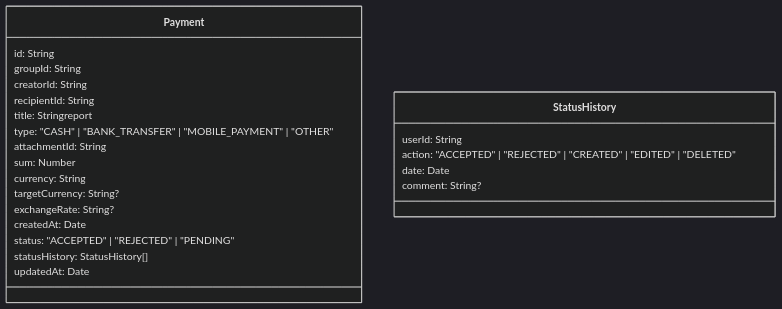
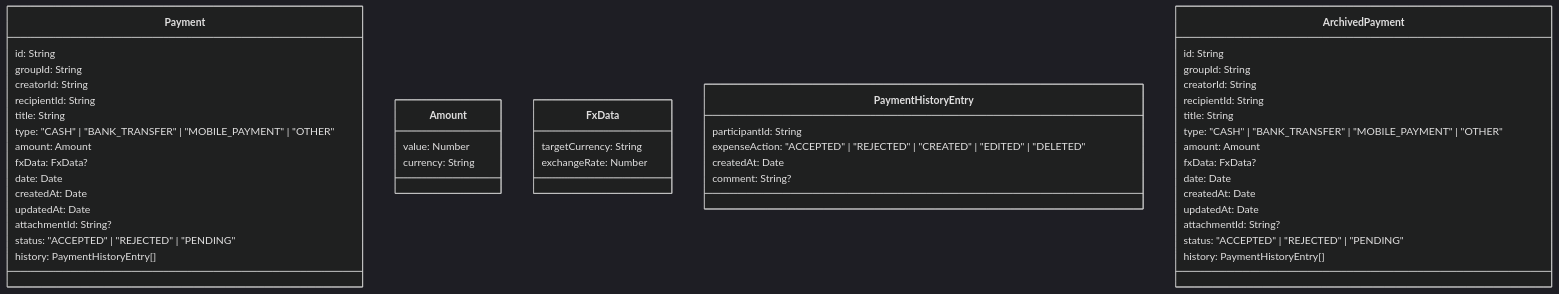
The tenth of 20 diagrams in docs/contracts.md (Group-Expense-Manager/gem-docs), drawn with Mermaid (dark theme) before and after one commit. The commit also changed other lines of this file and 1 other file, not shown here.

Commit message:
updated flow diagrams & database classes

````diff
--- a/docs/contracts.md
+++ b/docs/contracts.md
@@ -509,27 +547,54 @@
 ```mermaid
 classDiagram
     class Payment {
         id: String
         groupId: String
         creatorId: String
         recipientId: String
-        title: Stringreport
+        title: String
         type: "CASH" | "BANK_TRANSFER" | "MOBILE_PAYMENT" | "OTHER"
-        attachmentId: String
-        sum: Number
+        amount: Amount
+        fxData: FxData?
+        date: Date
+        createdAt: Date
+        updatedAt: Date
+        attachmentId: String?
+        status: "ACCEPTED" | "REJECTED" | "PENDING"
+        history: PaymentHistoryEntry[]
+    }
+    
+    class Amount {
+        value: Number
         currency: String
-        targetCurrency: String?
-        exchangeRate: String?
+    }
+    
+    class FxData {
+        targetCurrency: String
+        exchangeRate: Number
+    }
+    
+    class PaymentHistoryEntry {
+        participantId: String
+        expenseAction: "ACCEPTED" | "REJECTED" | "CREATED" | "EDITED" | "DELETED"
         createdAt: Date
-        status: "ACCEPTED" | "REJECTED" | "PENDING"
-        statusHistory: StatusHistory[]
-        updatedAt: Date
-    }
-
-    class StatusHistory {
-        userId: String
-        action: "ACCEPTED" | "REJECTED" | "CREATED" | "EDITED" | "DELETED"
-        date: Date
         comment: String?
     }
+    class ArchivedPayment {
+        id: String
+        groupId: String
+        creatorId: String
+        recipientId: String
+        title: String
+        type: "CASH" | "BANK_TRANSFER" | "MOBILE_PAYMENT" | "OTHER"
+        amount: Amount
+        fxData: FxData?
+        date: Date
+        createdAt: Date
+        updatedAt: Date
+        attachmentId: String?
+        status: "ACCEPTED" | "REJECTED" | "PENDING"
+        history: PaymentHistoryEntry[]
+    }
+    
+
 ```
````
